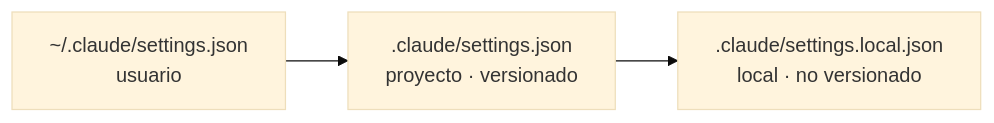
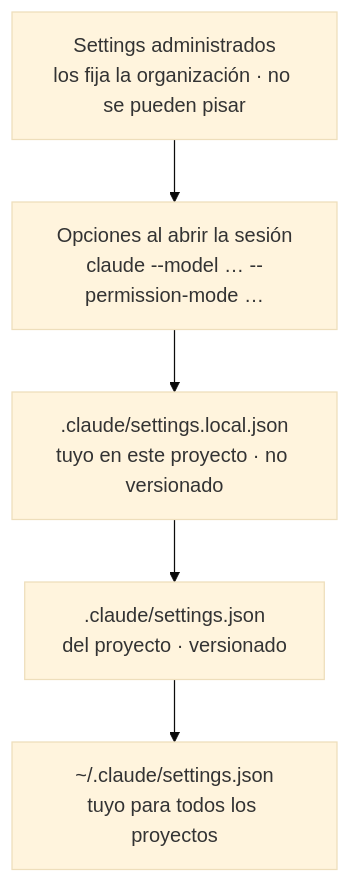
The second of 4 diagrams in docs/guia-ia/04-permisos-y-hooks.md (patricioprp/portfolio), drawn with Mermaid (base theme) before and after one commit. The commit also changed other lines of this file and 104 other files, not shown here.

````diff
--- a/docs/guia-ia/04-permisos-y-hooks.md
+++ b/docs/guia-ia/04-permisos-y-hooks.md
@@ -41,5 +44,8 @@
 ```mermaid
-flowchart LR
-    accTitle: Niveles de configuración: usuario, proyecto y local
-    A["~/.claude/settings.json<br/>usuario"] --> B[".claude/settings.json<br/>proyecto · versionado"] --> C[".claude/settings.local.json<br/>local · no versionado"]
+flowchart TD
+    accTitle: Precedencia de la configuración, de mayor a menor: organización, línea de comandos, local, proyecto y usuario
+    M["Settings administrados<br/>los fija la organización · no se pueden pisar"] --> CLI["Opciones al abrir la sesión<br/>claude --model … --permission-mode …"]
+    CLI --> L[".claude/settings.local.json<br/>tuyo en este proyecto · no versionado"]
+    L --> P[".claude/settings.json<br/>del proyecto · versionado"]
+    P --> U["~/.claude/settings.json<br/>tuyo para todos los proyectos"]
 ```
````
